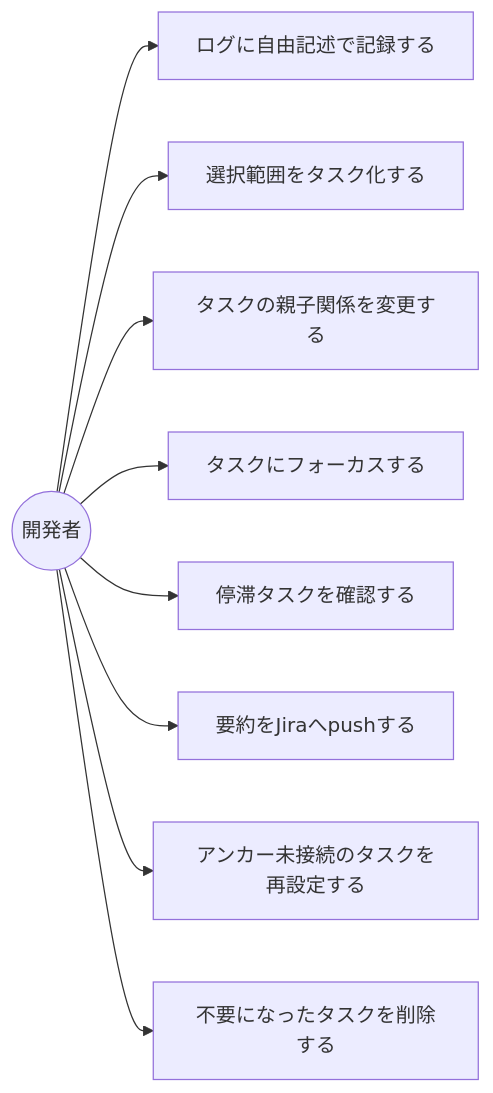
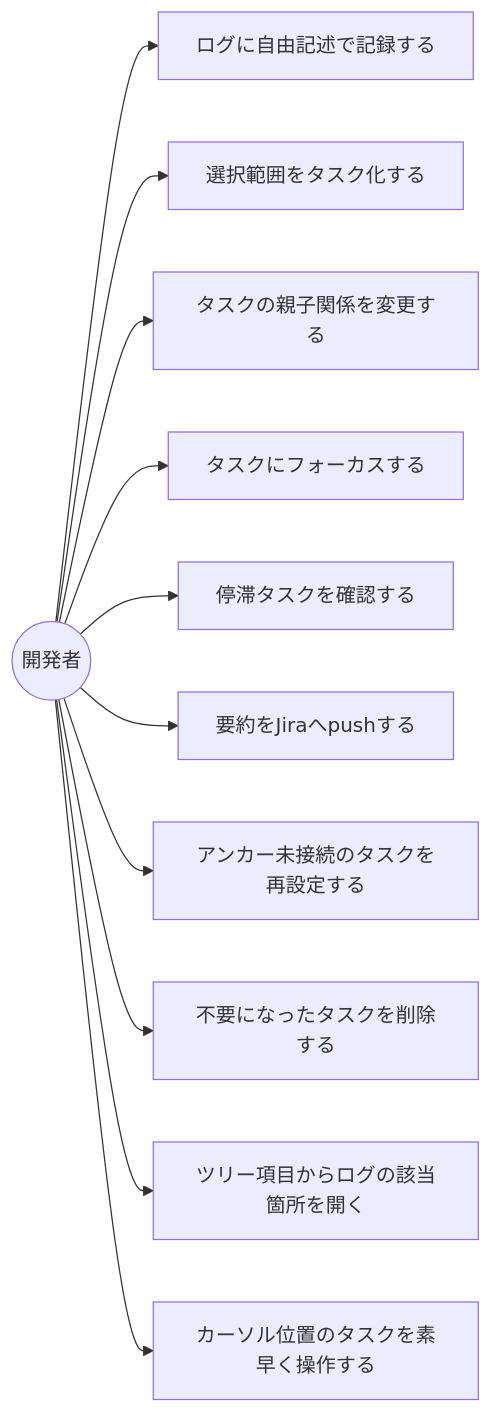
One commit to hoppoco/vscode-task-log changed the third of 3 diagrams in docs/functional-design.md. Above: the diagram before and after it, drawn with Mermaid. The commit also changed other lines of this file and 17 other files, not shown here.

````diff
--- a/docs/functional-design.md
+++ b/docs/functional-design.md
@@ -94,11 +106,13 @@
 ```mermaid
 graph LR
   U((開発者)) --> UC1[ログに自由記述で記録する]
   U --> UC2[選択範囲をタスク化する]
   U --> UC3[タスクの親子関係を変更する]
   U --> UC4[タスクにフォーカスする]
   U --> UC5[停滞タスクを確認する]
   U --> UC6[要約をJiraへpushする]
   U --> UC7[アンカー未接続のタスクを再設定する]
   U --> UC8[不要になったタスクを削除する]
+  U --> UC9[ツリー項目からログの該当箇所を開く]
+  U --> UC10[カーソル位置のタスクを素早く操作する]
 ```
````
